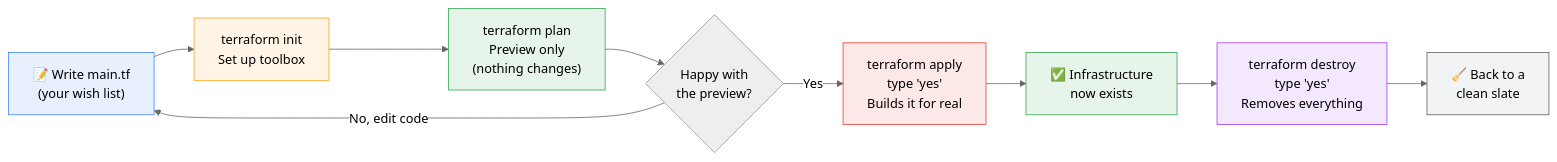
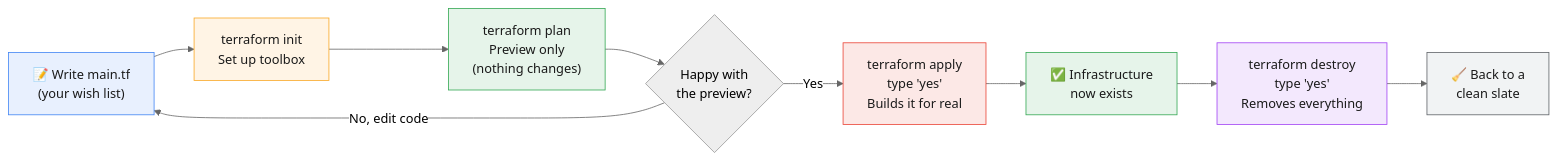
Before and after one commit to OGTechStories/developer-roadmap: the diagram in docs/Roadmaps/devops-cloud/infrastructure-as-code-terraform/terraform/03-terraform-core-commands.md, drawn with Mermaid (neutral theme). The commit also changed other lines of this file and 7 other files, not shown here.

````diff
--- a/docs/Roadmaps/devops-cloud/infrastructure-as-code-terraform/terraform/03-terraform-core-commands.md
+++ b/docs/Roadmaps/devops-cloud/infrastructure-as-code-terraform/terraform/03-terraform-core-commands.md
@@ -33,19 +35,19 @@
 ```mermaid
 flowchart LR
     A["📝 Write main.tf<br/>(your wish list)"] --> B["terraform init<br/>Set up toolbox"]
     B --> C["terraform plan<br/>Preview only<br/>(nothing changes)"]
     C --> D{Happy with<br/>the preview?}
     D -- No, edit code --> A
     D -- Yes --> E["terraform apply<br/>type 'yes'<br/>Builds it for real"]
     E --> F["✅ Infrastructure<br/>now exists"]
     F --> G["terraform destroy<br/>type 'yes'<br/>Removes everything"]
     G --> H["🧹 Back to a<br/>clean slate"]
 
-    style A fill:#e8f0fe,stroke:#4285f4
-    style B fill:#fff4e5,stroke:#f9a825
-    style C fill:#e6f4ea,stroke:#34a853
-    style E fill:#fce8e6,stroke:#ea4335
-    style F fill:#e6f4ea,stroke:#34a853
-    style G fill:#f3e8fd,stroke:#a142f4
-    style H fill:#f1f3f4,stroke:#5f6368
+    style A fill:#e8f0fe,stroke:#4285f4,color:#1a1a1a
+    style B fill:#fff4e5,stroke:#f9a825,color:#1a1a1a
+    style C fill:#e6f4ea,stroke:#34a853,color:#1a1a1a
+    style E fill:#fce8e6,stroke:#ea4335,color:#1a1a1a
+    style F fill:#e6f4ea,stroke:#34a853,color:#1a1a1a
+    style G fill:#f3e8fd,stroke:#a142f4,color:#1a1a1a
+    style H fill:#f1f3f4,stroke:#5f6368,color:#1a1a1a
 ```
````
